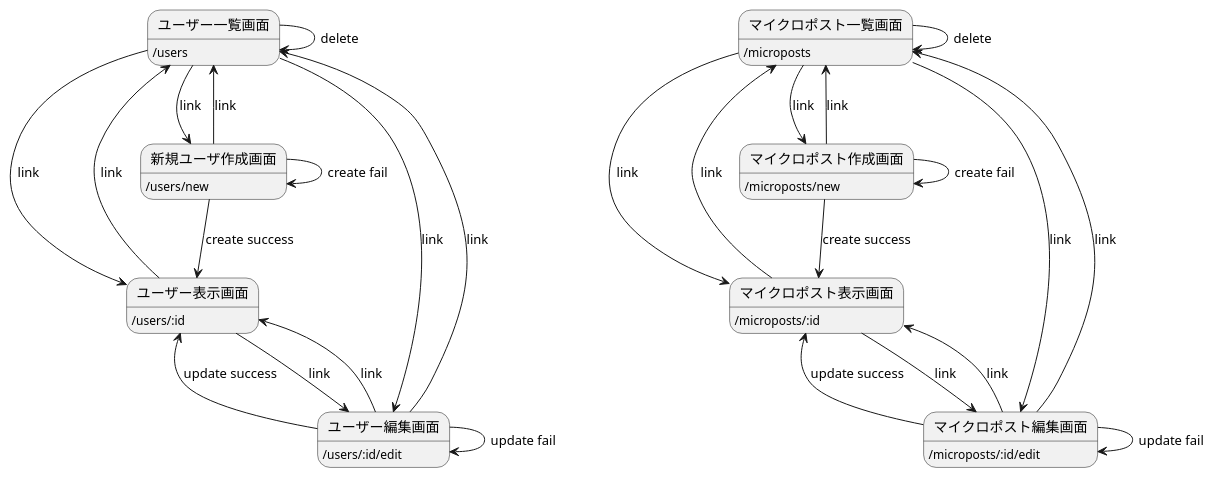
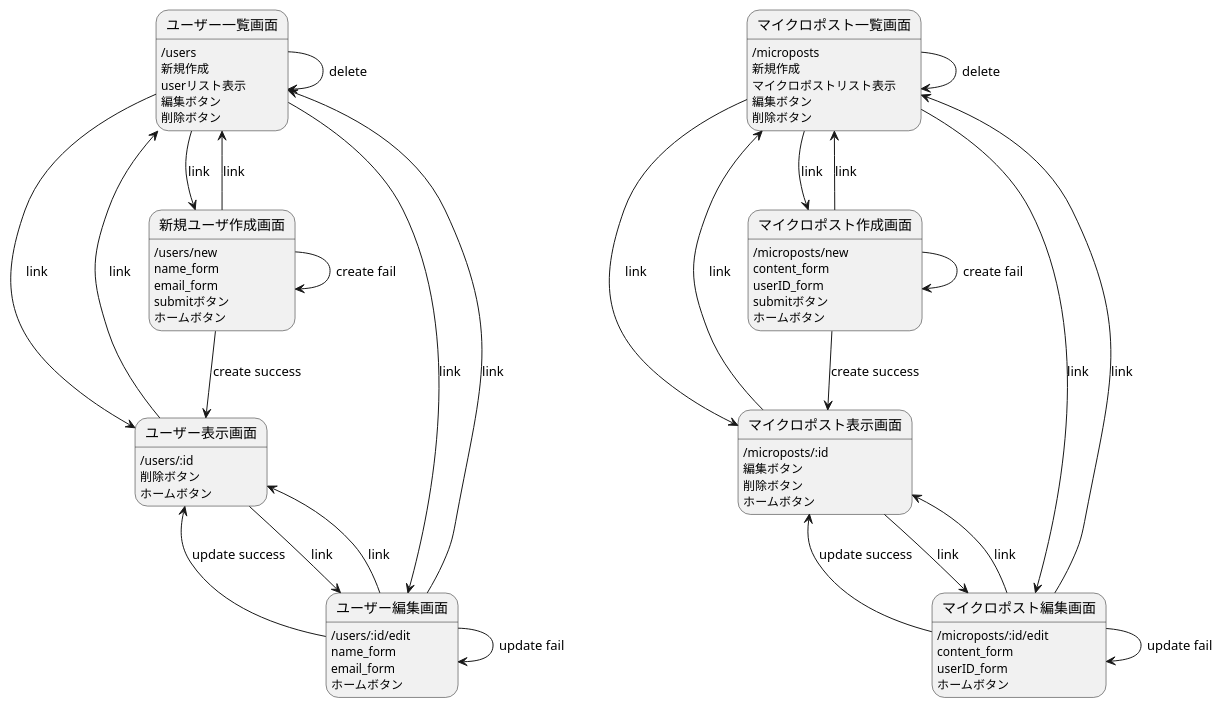
Before and after one commit to su3aki/KKmemoApp: the diagram in docs/ToyApp設計書/基本設計書(ページの種類と概要と遷移).md, drawn with PlantUML.

Commit message:
Update 基本設計書(ページの種類と概要と遷移).md
各ページの要素を追記

````diff
--- a/docs/ToyApp設計書/基本設計書(ページの種類と概要と遷移).md
+++ b/docs/ToyApp設計書/基本設計書(ページの種類と概要と遷移).md
@@ -18,46 +18,80 @@
  ```plantuml
 ユーザー一覧画面: /users
+ユーザー一覧画面: 新規作成
+ユーザー一覧画面: userリスト表示
+ユーザー一覧画面: 編集ボタン
+ユーザー一覧画面: 削除ボタン
+
 ユーザー表示画面: /users/:id
+ユーザー表示画面: 削除ボタン
+ユーザー表示画面: ホームボタン
+
 新規ユーザ作成画面: /users/new
+新規ユーザ作成画面: name_form
+新規ユーザ作成画面: email_form
+新規ユーザ作成画面: submitボタン
+新規ユーザ作成画面: ホームボタン
+
 ユーザー編集画面: /users/:id/edit
+ユーザー編集画面: name_form
+ユーザー編集画面: email_form
+ユーザー編集画面: ホームボタン
+
 マイクロポスト一覧画面: /microposts 
+マイクロポスト一覧画面: 新規作成
+マイクロポスト一覧画面: マイクロポストリスト表示
+マイクロポスト一覧画面: 編集ボタン
+マイクロポスト一覧画面: 削除ボタン
+
 マイクロポスト表示画面: /microposts/:id
+マイクロポスト表示画面: 編集ボタン
+マイクロポスト表示画面: 削除ボタン
+マイクロポスト表示画面: ホームボタン
+
 マイクロポスト作成画面: /microposts/new 
+マイクロポスト作成画面: content_form
+マイクロポスト作成画面: userID_form
+マイクロポスト作成画面: submitボタン
+マイクロポスト作成画面: ホームボタン
+
 マイクロポスト編集画面: /microposts/:id/edit
+マイクロポスト編集画面: content_form
+マイクロポスト編集画面: userID_form
+マイクロポスト編集画面: ホームボタン
 
 ユーザー一覧画面 --> ユーザー表示画面 :link
 ユーザー一覧画面 --> ユーザー編集画面 :link
 ユーザー一覧画面 --> 新規ユーザ作成画面 :link
 ユーザー一覧画面 --> ユーザー一覧画面 :delete
 
 ユーザー編集画面 --> ユーザー一覧画面 :link
 ユーザー編集画面 --> ユーザー表示画面 :link
 ユーザー編集画面 --> ユーザー表示画面 :update success
 ユーザー編集画面 --> ユーザー編集画面 :update fail
 
 新規ユーザ作成画面 --> ユーザー一覧画面 :link
 新規ユーザ作成画面 --> ユーザー表示画面 :create success
 新規ユーザ作成画面 --> 新規ユーザ作成画面 :create fail
 
 ユーザー表示画面 --> ユーザー一覧画面 :link
 ユーザー表示画面 --> ユーザー編集画面 :link
 
 
 
 マイクロポスト一覧画面 --> マイクロポスト表示画面 :link
 マイクロポスト一覧画面 --> マイクロポスト編集画面 :link
 マイクロポスト一覧画面 --> マイクロポスト作成画面 :link
 マイクロポスト一覧画面 --> マイクロポスト一覧画面 :delete
 
 マイクロポスト編集画面 --> マイクロポスト一覧画面 :link
 マイクロポスト編集画面 --> マイクロポスト表示画面 :link
 マイクロポスト編集画面 --> マイクロポスト表示画面 :update success
 マイクロポスト編集画面 --> マイクロポスト編集画面 :update fail
 
 マイクロポスト作成画面 --> マイクロポスト一覧画面 :link
 マイクロポスト作成画面 --> マイクロポスト作成画面 :create fail
 マイクロポスト作成画面 --> マイクロポスト表示画面 :create success
 
 マイクロポスト表示画面 --> マイクロポスト一覧画面 :link
 マイクロポスト表示画面 --> マイクロポスト編集画面 :link
  ```
````
